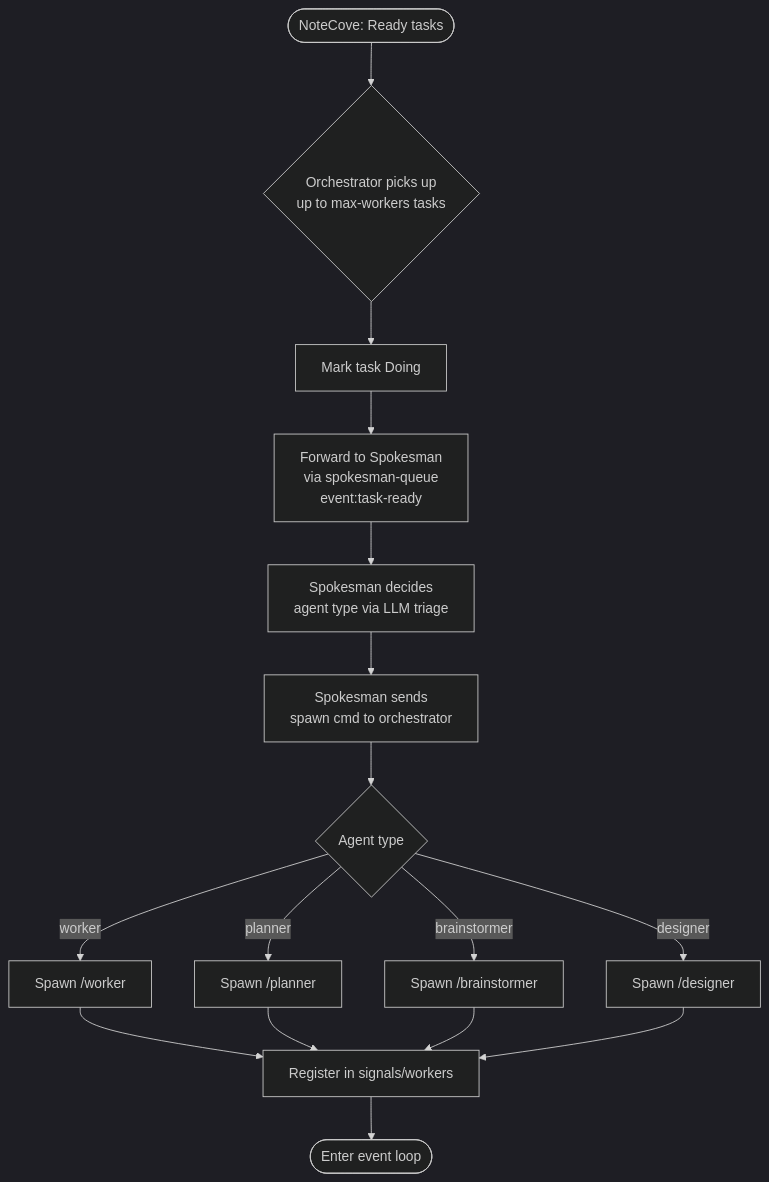
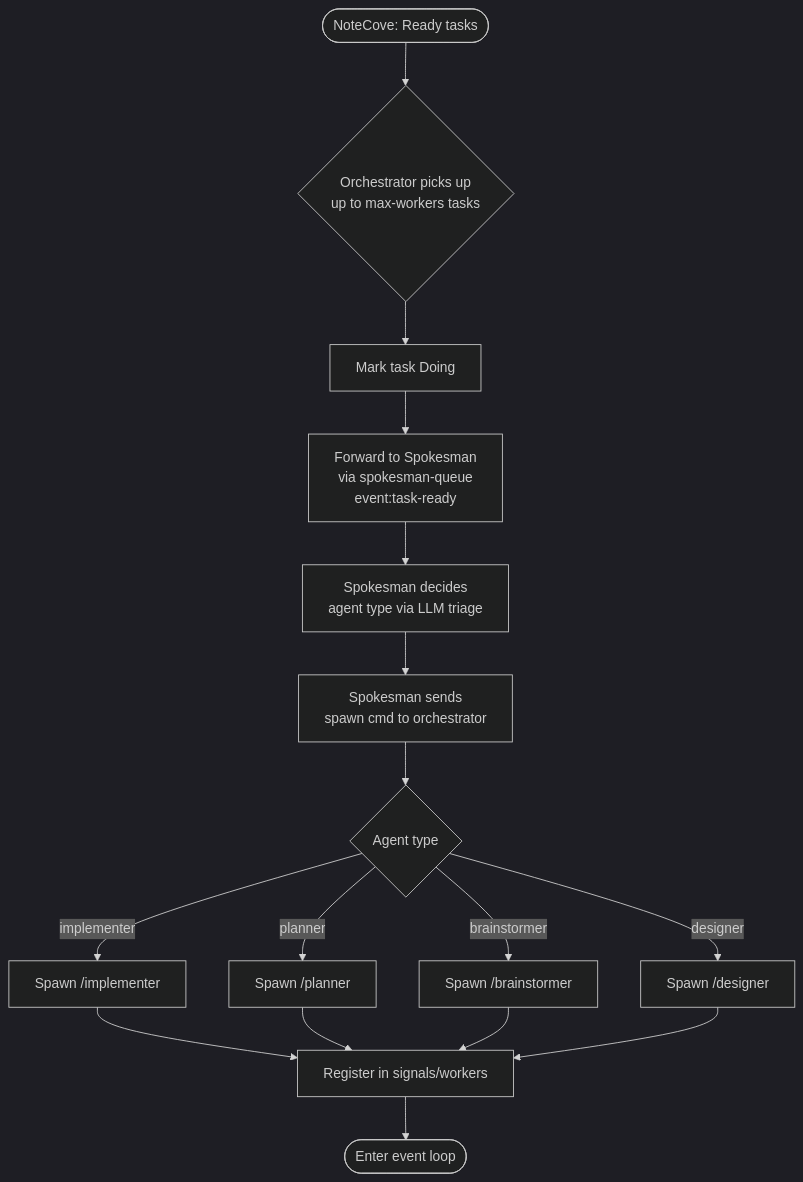
The second of 13 diagrams in docs/agentic-workflow.md (gara2000/agentmesh), drawn with Mermaid (dark theme) before and after one commit. The commit also changed other lines of this file and 12 other files, not shown here.

First line of the commit message:
feat(skills): rename /worker skill to /implementer [WORK-x78]

````diff
--- a/docs/agentic-workflow.md
+++ b/docs/agentic-workflow.md
@@ -82,15 +82,15 @@
 ```mermaid
 flowchart TD
     A([NoteCove: Ready tasks]) --> B{Orchestrator picks up\nup to max-workers tasks}
     B --> C[Mark task Doing]
     C --> D[Forward to Spokesman\nvia spokesman-queue\nevent:task-ready]
     D --> E[Spokesman decides\nagent type via LLM triage]
     E --> F[Spokesman sends\nspawn cmd to orchestrator]
     F --> G{Agent type}
-    G -->|worker| W[Spawn /worker]
+    G -->|implementer| W[Spawn /implementer]
     G -->|planner| P[Spawn /planner]
     G -->|brainstormer| BR[Spawn /brainstormer]
     G -->|designer| DE[Spawn /designer]
     W & P & BR & DE --> H[Register in signals/workers]
     H --> I([Enter event loop])
 ```
````
